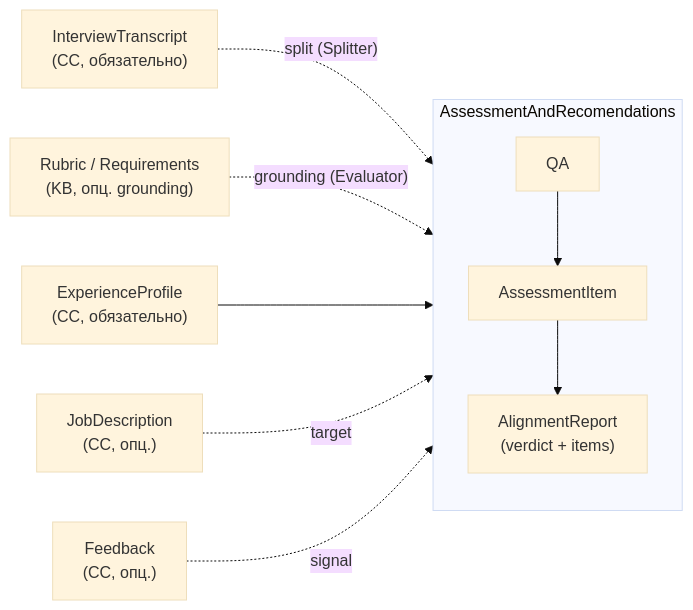
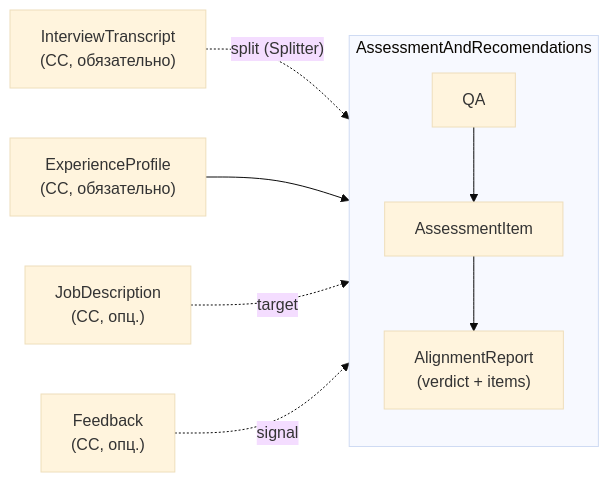
One commit to margomrkv/interview-debrief-assistant changed the third of 4 diagrams in md/spec.md. Above: the diagram before and after it, drawn with Mermaid (base theme). The commit also changed other lines of this file, not shown here.

````diff
--- a/md/spec.md
+++ b/md/spec.md
@@ -344,25 +264,23 @@
 ```mermaid
 flowchart LR
     %% Входы (запрашиваются AR'ом)
     CC_T["InterviewTranscript<br/>(CC, обязательно)"]
     CC_J["JobDescription<br/>(CC, опц.)"]
     CC_P["ExperienceProfile<br/>(CC, обязательно)"]
     CC_F["Feedback<br/>(CC, опц.)"]
-    KB_R["Rubric / Requirements<br/>(KB, опц. grounding)"]
 
     %% Rollup-чейн внутри AR
     subgraph AR["AssessmentAndRecomendations"]
         direction TB
         QA["QA"]
         AI["AssessmentItem"]
         REP["AlignmentReport<br/>(verdict + items)"]
         QA --> AI
         AI --> REP
     end
 
     CC_T -. "split (Splitter)" .-> QA
-    KB_R -. "grounding (Evaluator)" .-> AI
     CC_P --> REP
     CC_J -. "target" .-> REP
     CC_F -. "signal" .-> REP
 ```
````
